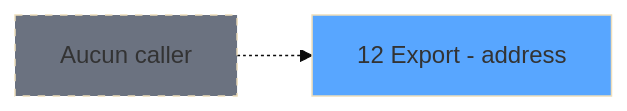
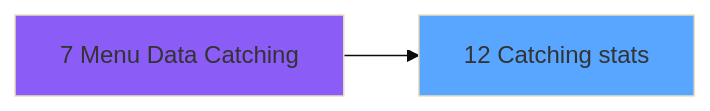
One commit to thonyAGP/lecteur-magic changed the third of 4 diagrams in .openspec/specs/ADH-IDE-12.md. Above: the diagram before and after it, drawn with Mermaid (base theme). The commit also changed other lines of this file and 493 other files, not shown here.

````diff
--- a/.openspec/specs/ADH-IDE-12.md
+++ b/.openspec/specs/ADH-IDE-12.md
@@ -154,8 +2002,8 @@
 ```mermaid
 graph LR
-    T12[12 Export - address]
+    T12[12 Catching stats]
     style T12 fill:#58a6ff
-    NONE[Aucun caller]
-    NONE -.-> T12
-    style NONE fill:#6b7280,stroke-dasharray: 5 5
+    CC7[7 Menu Data Catching]
+    style CC7 fill:#8b5cf6
+    CC7 --> T12
 ```
````
